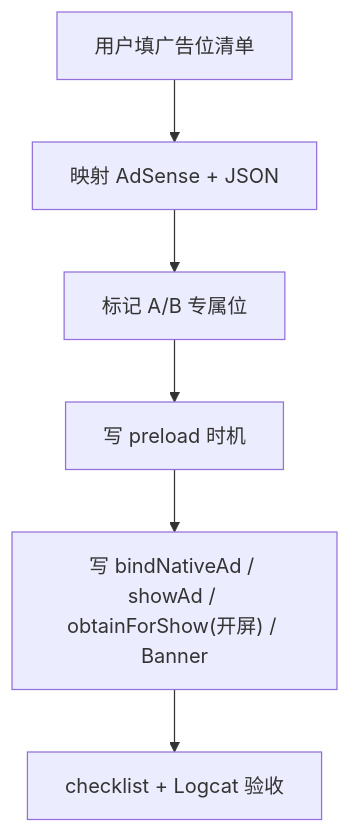
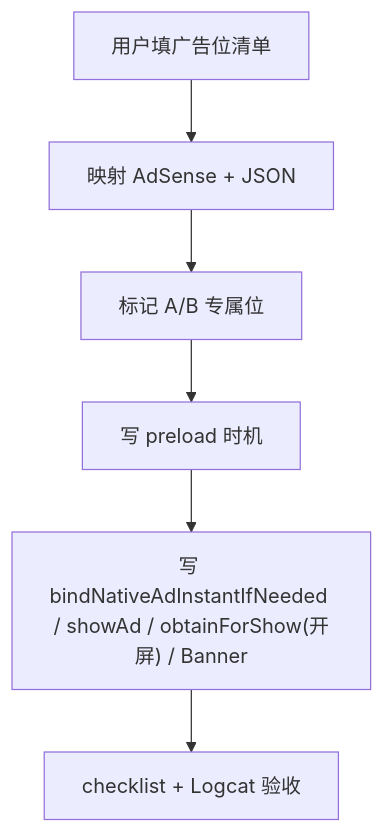
The first of 6 diagrams in admob广告/流程图.md (captainGithubAccount/skill), drawn with Mermaid before and after one commit. The commit also changed 14 other files, not shown here.

````diff
--- a/admob广告/流程图.md
+++ b/admob广告/流程图.md
@@ -5,8 +5,8 @@
 ```mermaid
 flowchart TD
     U["用户填广告位清单"] --> M["映射 AdSense + JSON"]
     M --> AB["标记 A/B 专属位"]
     AB --> P["写 preload 时机"]
-    P --> S["写 bindNativeAd / showAd / obtainForShow(开屏) / Banner"]
+    P --> S["写 bindNativeAdInstantIfNeeded / showAd / obtainForShow(开屏) / Banner"]
     S --> V["checklist + Logcat 验收"]
 ```
````
